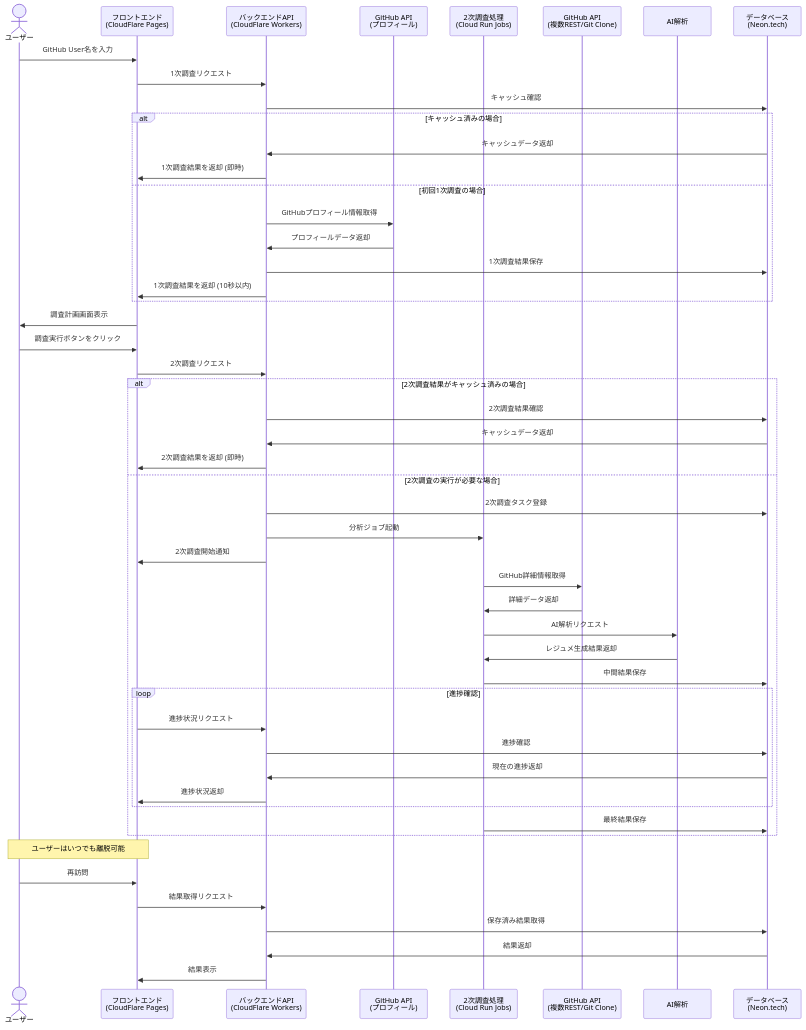
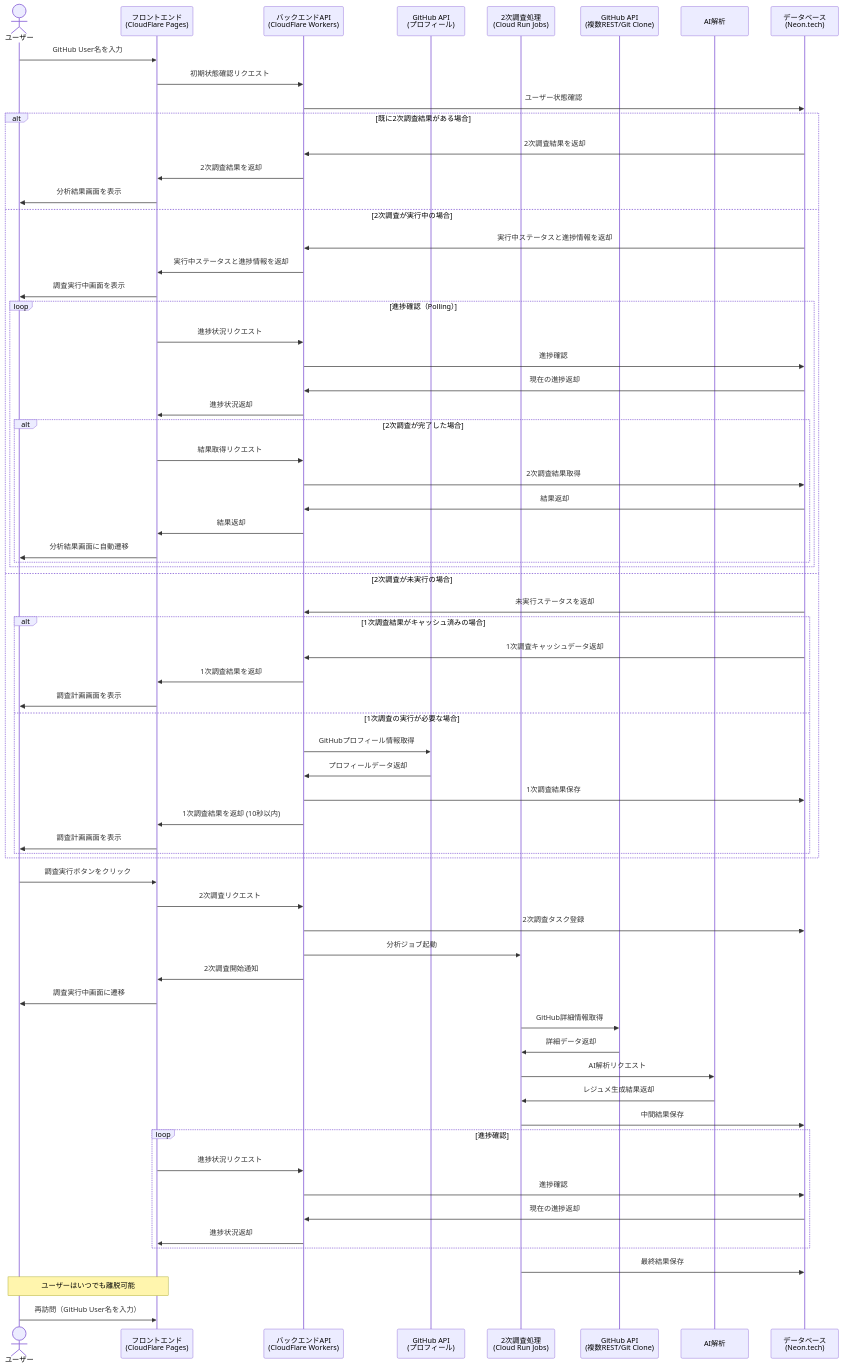
Before and after one commit to ToyB0x/git-resume: the diagram in docs/epic/deep-research-architecture-and-design/README.md, drawn with Mermaid. The commit also changed other lines of this file, not shown here.

Commit message:
feat: update README.md to enhance state management architecture and user flow for GitHub analysis process

````diff
--- a/docs/epic/deep-research-architecture-and-design/README.md
+++ b/docs/epic/deep-research-architecture-and-design/README.md
@@ -88,61 +99,80 @@
     participant DB as データベース<br>(Neon.tech)
     
     User->>FE: GitHub User名を入力
+    FE->>BE: 初期状態確認リクエスト
+    BE->>DB: ユーザー状態確認
     
-    %% 1次調査（10秒以内）
-    FE->>BE: 1次調査リクエスト
-    BE->>DB: キャッシュ確認
-    
-    alt キャッシュ済みの場合
-        DB->>BE: キャッシュデータ返却
-        BE->>FE: 1次調査結果を返却 (即時)
-    else 初回1次調査の場合
-        BE->>GH1: GitHubプロフィール情報取得
-        GH1->>BE: プロフィールデータ返却
-        BE->>DB: 1次調査結果保存
-        BE->>FE: 1次調査結果を返却 (10秒以内)
-    end
-    
-    %% 調査計画表示
-    FE->>User: 調査計画画面表示
-    
-    %% 2次調査（重い処理）
-    User->>FE: 調査実行ボタンをクリック
-    FE->>BE: 2次調査リクエスト
-    
-    alt 2次調査結果がキャッシュ済みの場合
-        BE->>DB: 2次調査結果確認
-        DB->>BE: キャッシュデータ返却
-        BE->>FE: 2次調査結果を返却 (即時)
-    else 2次調査の実行が必要な場合
-        BE->>DB: 2次調査タスク登録
-        BE->>Job: 分析ジョブ起動
-        BE->>FE: 2次調査開始通知
+    alt 既に2次調査結果がある場合
+        DB->>BE: 2次調査結果を返却
+        BE->>FE: 2次調査結果を返却
+        FE->>User: 分析結果画面を表示
         
-        %% バックグラウンド処理
-        Job->>GH2: GitHub詳細情報取得
-        GH2->>Job: 詳細データ返却
-        Job->>AI: AI解析リクエスト
-        AI->>Job: レジュメ生成結果返却
-        Job->>DB: 中間結果保存
+    else 2次調査が実行中の場合
+        DB->>BE: 実行中ステータスと進捗情報を返却
+        BE->>FE: 実行中ステータスと進捗情報を返却
+        FE->>User: 調査実行中画面を表示
         
-        %% 進捗確認（Polling）
-        loop 進捗確認
+        loop 進捗確認（Polling）
             FE->>BE: 進捗状況リクエスト
             BE->>DB: 進捗確認
             DB->>BE: 現在の進捗返却
             BE->>FE: 進捗状況返却
+            
+            alt 2次調査が完了した場合
+                FE->>BE: 結果取得リクエスト
+                BE->>DB: 2次調査結果取得
+                DB->>BE: 結果返却
+                BE->>FE: 結果返却
+                FE->>User: 分析結果画面に自動遷移
+            end
         end
         
-        Job->>DB: 最終結果保存
+    else 2次調査が未実行の場合
+        DB->>BE: 未実行ステータスを返却
+        
+        alt 1次調査結果がキャッシュ済みの場合
+            DB->>BE: 1次調査キャッシュデータ返却
+            BE->>FE: 1次調査結果を返却
+            FE->>User: 調査計画画面を表示
+            
+        else 1次調査の実行が必要な場合
+            BE->>GH1: GitHubプロフィール情報取得
+            GH1->>BE: プロフィールデータ返却
+            BE->>DB: 1次調査結果保存
+            BE->>FE: 1次調査結果を返却 (10秒以内)
+            FE->>User: 調査計画画面を表示
+        end
     end
+    
+    %% 2次調査の開始
+    User->>FE: 調査実行ボタンをクリック
+    FE->>BE: 2次調査リクエスト
+    BE->>DB: 2次調査タスク登録
+    BE->>Job: 分析ジョブ起動
+    BE->>FE: 2次調査開始通知
+    FE->>User: 調査実行中画面に遷移
+    
+    %% バックグラウンド処理
+    Job->>GH2: GitHub詳細情報取得
+    GH2->>Job: 詳細データ返却
+    Job->>AI: AI解析リクエスト
+    AI->>Job: レジュメ生成結果返却
+    Job->>DB: 中間結果保存
+    
+    %% 進捗確認（Polling）
+    loop 進捗確認
+        FE->>BE: 進捗状況リクエスト
+        BE->>DB: 進捗確認
+        DB->>BE: 現在の進捗返却
+        BE->>FE: 進捗状況返却
+    end
+    
+    Job->>DB: 最終結果保存
     
     %% ユーザーの離脱と再訪問
     Note over User,FE: ユーザーはいつでも離脱可能
     
-    User->>FE: 再訪問
-    FE->>BE: 結果取得リクエスト
-    BE->>DB: 保存済み結果取得
-    DB->>BE: 結果返却
-    BE->>FE: 結果表示
+    User->>FE: 再訪問（GitHub User名を入力）
+    
+    %% 再訪問時は最初の分岐に戻る
 ```
````
